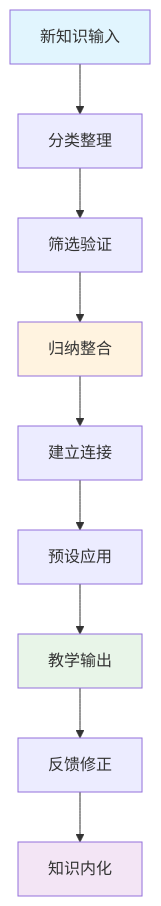
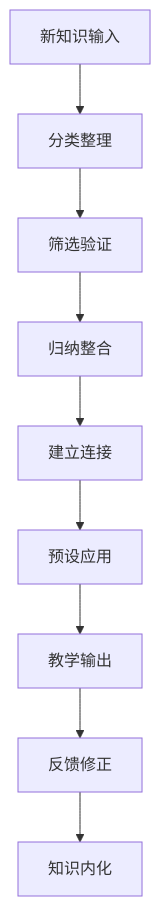
Before and after one commit to fangkun119/tech-page: the seventh of 52 diagrams in _posts/2025-11-08-book-01-feynman-approach.md, drawn with Mermaid. The commit also changed other lines of this file and 1 other file, not shown here.

Commit message:
feat: adjust diagram color

````diff
--- a/_posts/2025-11-08-book-01-feynman-approach.md
+++ b/_posts/2025-11-08-book-01-feynman-approach.md
@@ -932,16 +907,11 @@
 ```mermaid
 graph TD
     A[新知识输入] --> B[分类整理]
     B --> C[筛选验证]
     C --> D[归纳整合]
     D --> E[建立连接]
     E --> F[预设应用]
     F --> G[教学输出]
     G --> H[反馈修正]
     H --> I[知识内化]
-
-    style A fill:#e1f5fe
-    style D fill:#fff3e0
-    style G fill:#e8f5e8
-    style I fill:#f3e5f5
 ```
````
